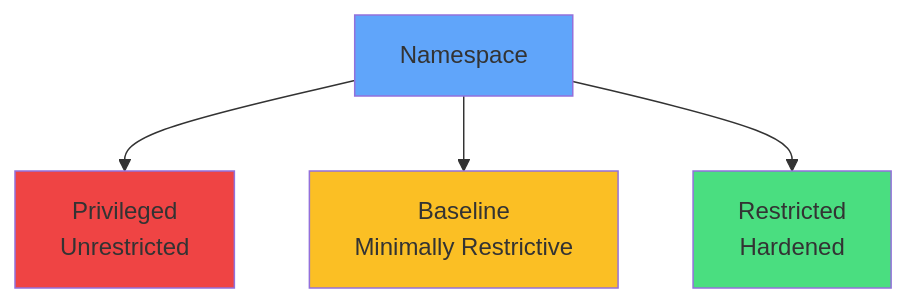
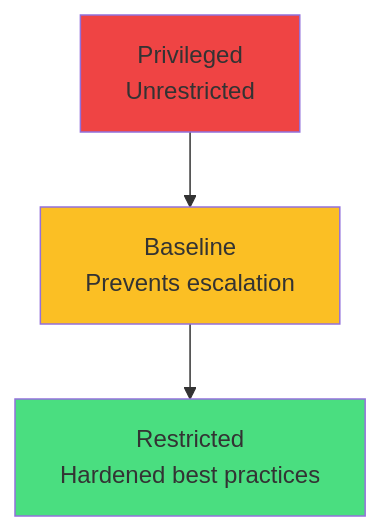
Before and after one commit to courselabs/kubernetes: the sixth of 8 diagrams in slides/admission/slides.md, drawn with Mermaid. The commit also changed other lines of this file and 7 other files, not shown here.

````diff
--- a/slides/admission/slides.md
+++ b/slides/admission/slides.md
@@ -314,10 +364,8 @@
 ```mermaid
 graph TB
-    NS[Namespace] --> P[Privileged<br/>Unrestricted]
-    NS --> B[Baseline<br/>Minimally Restrictive]
-    NS --> R[Restricted<br/>Hardened]
-    style NS fill:#60a5fa
-    style P fill:#ef4444
-    style B fill:#fbbf24
-    style R fill:#4ade80
+    Priv[Privileged<br/>Unrestricted] --> Base[Baseline<br/>Prevents escalation]
+    Base --> Rest[Restricted<br/>Hardened best practices]
+    style Priv fill:#ef4444
+    style Base fill:#fbbf24
+    style Rest fill:#4ade80
 ```
````
